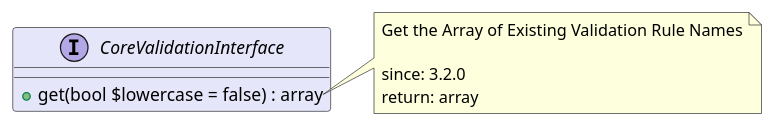
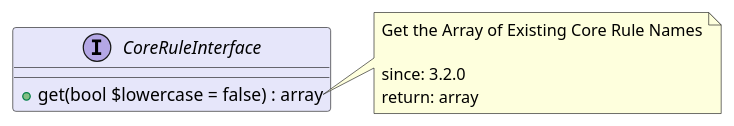
One commit to joomengine/jcb-compiler changed the diagram in src/b9f05dc4-d23a-499a-a826-9749b81818ed/README.md. Above: the diagram before and after it, drawn with PlantUML. The commit also changed other lines of this file and 399 other files, not shown here.

````diff
--- a/src/b9f05dc4-d23a-499a-a826-9749b81818ed/README.md
+++ b/src/b9f05dc4-d23a-499a-a826-9749b81818ed/README.md
@@ -11,15 +11,15 @@
 ```uml
 @startuml
-interface CoreValidationInterface  #Lavender {
+interface CoreRuleInterface  #Lavender {
   + get(bool $lowercase = false) : array
 }
 
-note right of CoreValidationInterface::get
-  Get the Array of Existing Validation Rule Names
+note right of CoreRuleInterface::get
+  Get the Array of Existing Core Rule Names
 
   since: 3.2.0
   return: array
 end note
  
 @enduml
 ```
````
